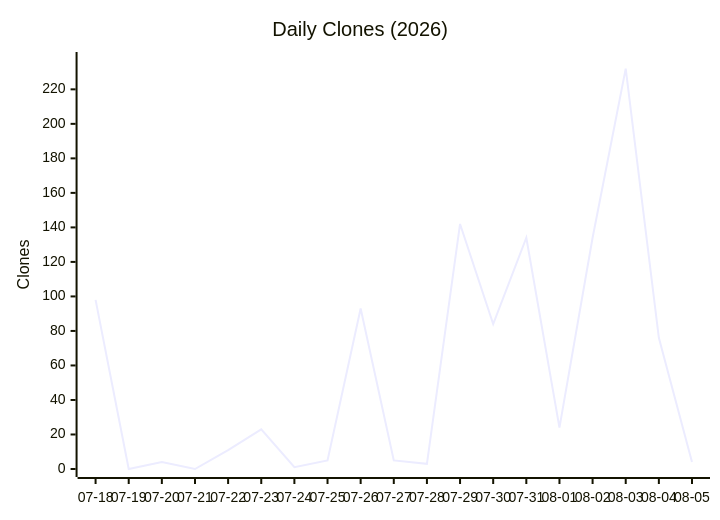
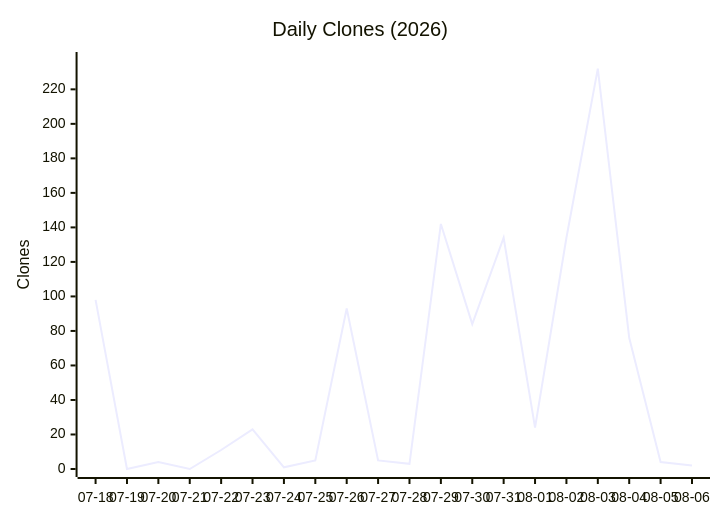
Before and after one commit to Architect-HA/Humai-Accord: the first of 4 diagrams in data/TRAFFIC_REPORT.md, drawn with Mermaid. The commit also changed other lines of this file and 1 other file, not shown here.

````diff
--- a/data/TRAFFIC_REPORT.md
+++ b/data/TRAFFIC_REPORT.md
@@ -12,7 +12,7 @@
 ```mermaid
 xychart-beta
     title "Daily Clones (2026)"
-    x-axis ["07-18", "07-19", "07-20", "07-21", "07-22", "07-23", "07-24", "07-25", "07-26", "07-27", "07-28", "07-29", "07-30", "07-31", "08-01", "08-02", "08-03", "08-04", "08-05"]
+    x-axis ["07-18", "07-19", "07-20", "07-21", "07-22", "07-23", "07-24", "07-25", "07-26", "07-27", "07-28", "07-29", "07-30", "07-31", "08-01", "08-02", "08-03", "08-04", "08-05", "08-06"]
     y-axis "Clones" 0 --> 237
-    line [98, 0, 4, 0, 11, 23, 1, 5, 93, 5, 3, 142, 84, 134, 24, 134, 232, 76, 4]
+    line [98, 0, 4, 0, 11, 23, 1, 5, 93, 5, 3, 142, 84, 134, 24, 134, 232, 76, 4, 2]
 ```
````
